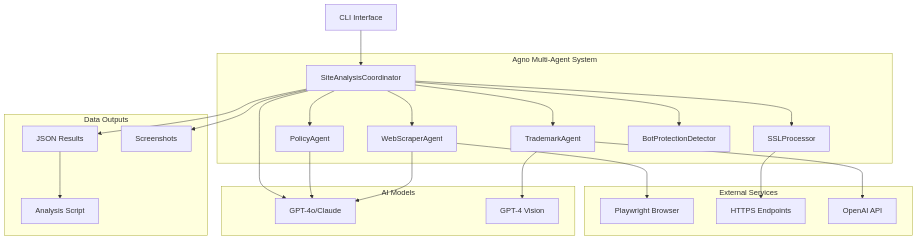
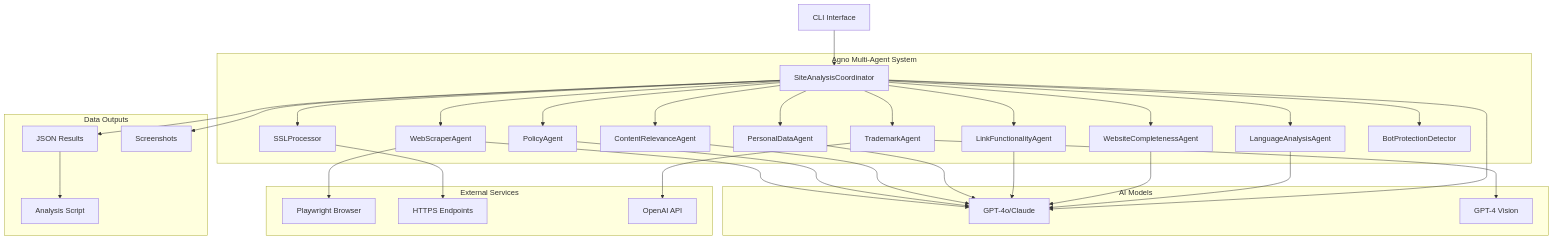
One commit to garrywilliams/site-analyser changed the first of 3 diagrams in README.md. Above: the diagram before and after it, drawn with Mermaid. The commit also changed other lines of this file and 10 other files, not shown here.

````diff
--- a/README.md
+++ b/README.md
@@ -28,31 +36,41 @@
 ```mermaid
 graph TB
     CLI[CLI Interface] --> Coordinator[SiteAnalysisCoordinator]
     
     subgraph "Agno Multi-Agent System"
         Coordinator --> WebAgent[WebScraperAgent]
         Coordinator --> PolicyAgent[PolicyAgent] 
         Coordinator --> TrademarkAgent[TrademarkAgent]
+        Coordinator --> ContentAgent[ContentRelevanceAgent]
+        Coordinator --> DataAgent[PersonalDataAgent]
+        Coordinator --> LinkAgent[LinkFunctionalityAgent]
+        Coordinator --> CompleteAgent[WebsiteCompletenessAgent]
+        Coordinator --> LangAgent[LanguageAnalysisAgent]
         Coordinator --> SSL[SSLProcessor]
         Coordinator --> BotDetector[BotProtectionDetector]
     end
     
     subgraph "AI Models"
         WebAgent --> GPT4[GPT-4o/Claude]
         PolicyAgent --> GPT4
         TrademarkAgent --> GPT4Vision[GPT-4 Vision]
+        ContentAgent --> GPT4
+        DataAgent --> GPT4
+        LinkAgent --> GPT4
+        CompleteAgent --> GPT4
+        LangAgent --> GPT4
         Coordinator --> GPT4
     end
     
     subgraph "Data Outputs"
         Coordinator --> JSON[JSON Results]
         Coordinator --> Screenshots[Screenshots]
         JSON --> Analysis[Analysis Script]
     end
     
     subgraph "External Services"
         WebAgent --> Playwright[Playwright Browser]
         SSL --> HTTPSCheck[HTTPS Endpoints]
         TrademarkAgent --> OpenAI[OpenAI API]
     end
 ```
````
